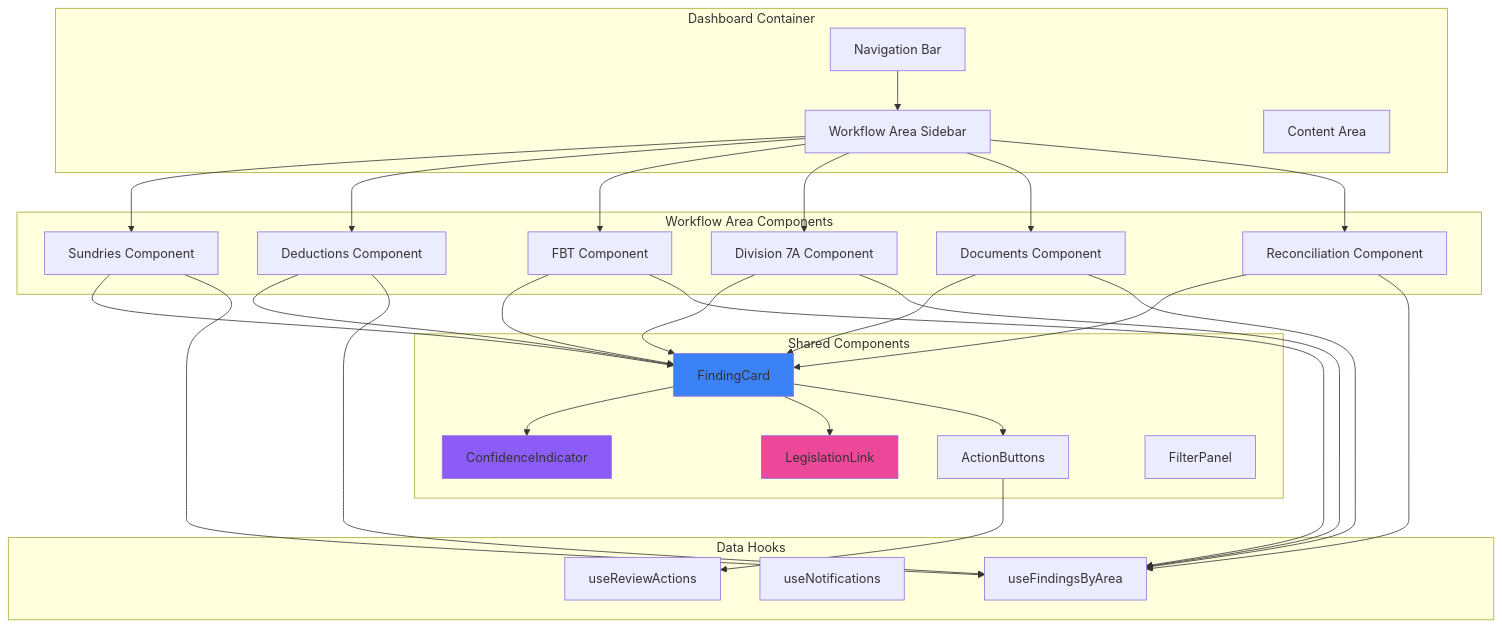
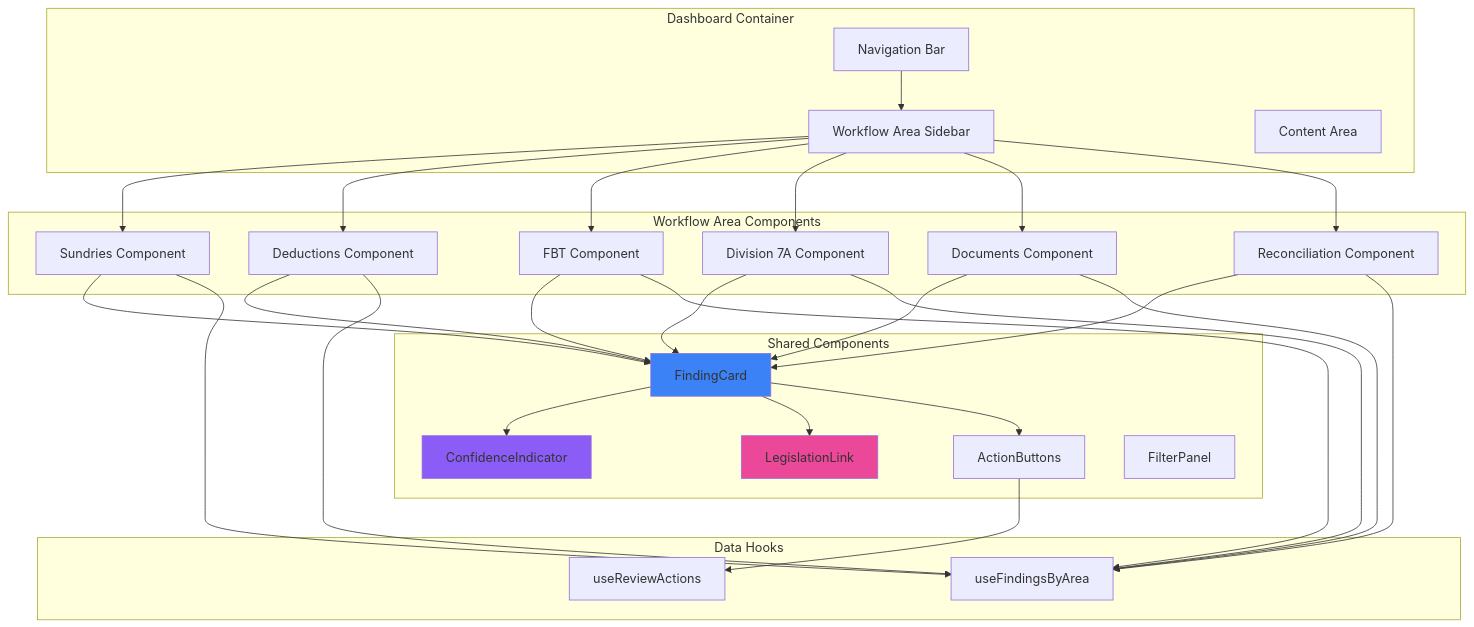
Before and after one commit to CleanExpo/ATO: the fifth of 15 diagrams in docs/diagrams/accountant-workflow-system.md, drawn with Mermaid. The commit also changed other lines of this file and 4 other files, not shown here.

First line of the commit message:
Update accountant workflow architecture docs to match implementation (ORCH-ACC-001)

````diff
--- a/docs/diagrams/accountant-workflow-system.md
+++ b/docs/diagrams/accountant-workflow-system.md
@@ -95,63 +209,62 @@
 ```mermaid
 graph TB
     subgraph "Dashboard Container"
         NAV[Navigation Bar]
         SIDEBAR[Workflow Area Sidebar]
         CONTENT[Content Area]
     end
 
     subgraph "Workflow Area Components"
         SUND[Sundries Component]
         DEDUC[Deductions Component]
         FBT[FBT Component]
         DIV7A[Division 7A Component]
         DOCS[Documents Component]
         RECON[Reconciliation Component]
     end
 
     subgraph "Shared Components"
         FINDING[FindingCard]
         CONFIDENCE[ConfidenceIndicator]
         LEGISLATION[LegislationLink]
         ACTIONS[ActionButtons]
         FILTER[FilterPanel]
     end
 
     subgraph "Data Hooks"
         USE_FINDINGS[useFindingsByArea]
-        USE_NOTIF[useNotifications]
         USE_REVIEW[useReviewActions]
     end
 
     NAV --> SIDEBAR
     SIDEBAR --> SUND
     SIDEBAR --> DEDUC
     SIDEBAR --> FBT
     SIDEBAR --> DIV7A
     SIDEBAR --> DOCS
     SIDEBAR --> RECON
 
     SUND --> FINDING
     DEDUC --> FINDING
     FBT --> FINDING
     DIV7A --> FINDING
     DOCS --> FINDING
     RECON --> FINDING
 
     FINDING --> CONFIDENCE
     FINDING --> LEGISLATION
     FINDING --> ACTIONS
 
     SUND --> USE_FINDINGS
     DEDUC --> USE_FINDINGS
     FBT --> USE_FINDINGS
     DIV7A --> USE_FINDINGS
     DOCS --> USE_FINDINGS
     RECON --> USE_FINDINGS
 
     ACTIONS --> USE_REVIEW
 
     style FINDING fill:#3b82f6
     style CONFIDENCE fill:#8b5cf6
     style LEGISLATION fill:#ec4899
 ```
````
